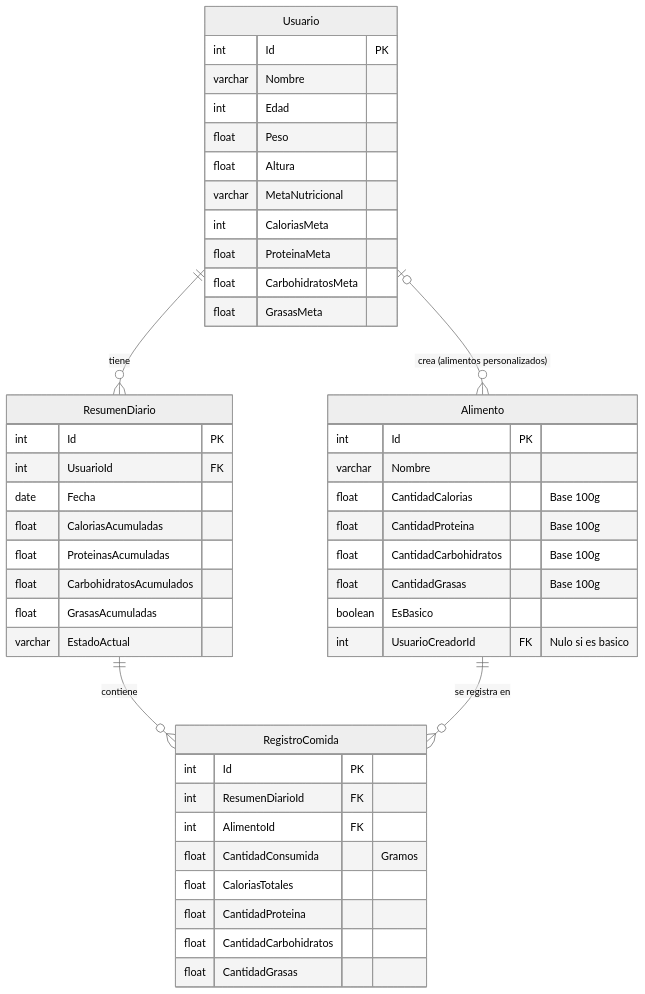
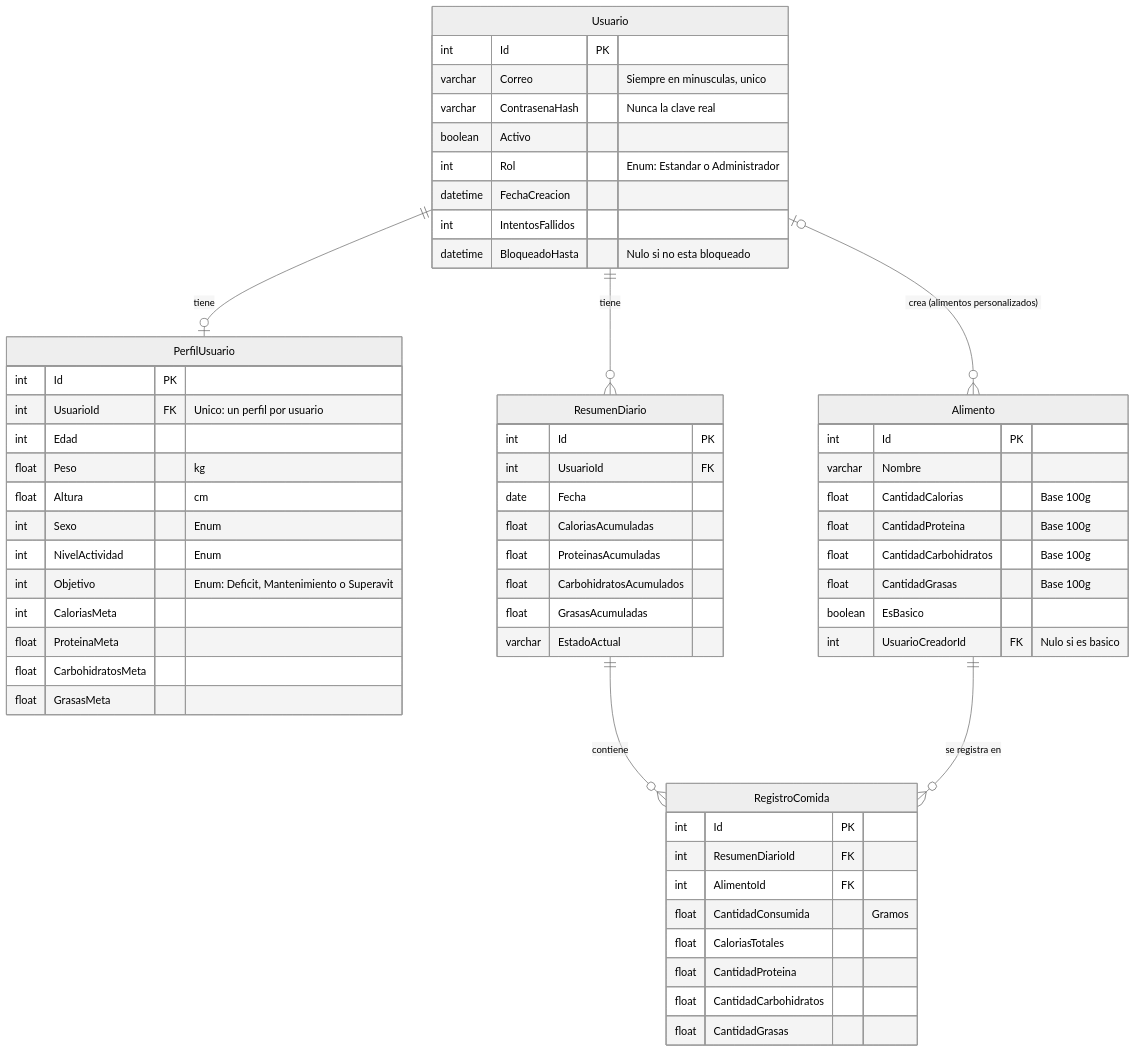
Before and after one commit to carlosgabrielcastellanossuriel-lgtm/FitTrack: the third of 3 diagrams in README.md, drawn with Mermaid (neutral theme). The commit also changed other lines of this file, not shown here.

Commit message:
Actualizando el readme

````diff
--- a/README.md
+++ b/README.md
@@ -167,54 +170,68 @@
 ```mermaid
 erDiagram
     Usuario {
         int Id PK
-        varchar Nombre
+        varchar Correo "Siempre en minusculas, unico"
+        varchar ContrasenaHash "Nunca la clave real"
+        boolean Activo
+        int Rol "Enum: Estandar o Administrador"
+        datetime FechaCreacion
+        int IntentosFallidos
+        datetime BloqueadoHasta "Nulo si no esta bloqueado"
+    }
+
+    PerfilUsuario {
+        int Id PK
+        int UsuarioId FK "Unico: un perfil por usuario"
         int Edad
-        float Peso
-        float Altura
-        varchar MetaNutricional
+        float Peso "kg"
+        float Altura "cm"
+        int Sexo "Enum"
+        int NivelActividad "Enum"
+        int Objetivo "Enum: Deficit, Mantenimiento o Superavit"
         int CaloriasMeta
         float ProteinaMeta
         float CarbohidratosMeta
         float GrasasMeta
     }
 
     Alimento {
         int Id PK
         varchar Nombre
         float CantidadCalorias "Base 100g"
         float CantidadProteina "Base 100g"
         float CantidadCarbohidratos "Base 100g"
         float CantidadGrasas "Base 100g"
         boolean EsBasico
         int UsuarioCreadorId FK "Nulo si es basico"
     }
 
     ResumenDiario {
         int Id PK
         int UsuarioId FK
         date Fecha
         float CaloriasAcumuladas
         float ProteinasAcumuladas
         float CarbohidratosAcumulados
         float GrasasAcumuladas
         varchar EstadoActual
     }
 
     RegistroComida {
         int Id PK
         int ResumenDiarioId FK
         int AlimentoId FK
         float CantidadConsumida "Gramos"
         float CaloriasTotales
         float CantidadProteina
         float CantidadCarbohidratos
         float CantidadGrasas
     }
 
     %% Relaciones
+    Usuario ||--o| PerfilUsuario : "tiene"
     Usuario |o--o{ Alimento : "crea (alimentos personalizados)"
     Usuario ||--o{ ResumenDiario : "tiene"
     ResumenDiario ||--o{ RegistroComida : "contiene"
     Alimento ||--o{ RegistroComida : "se registra en"
 ```
````
